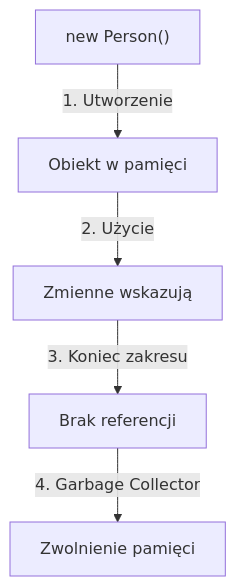
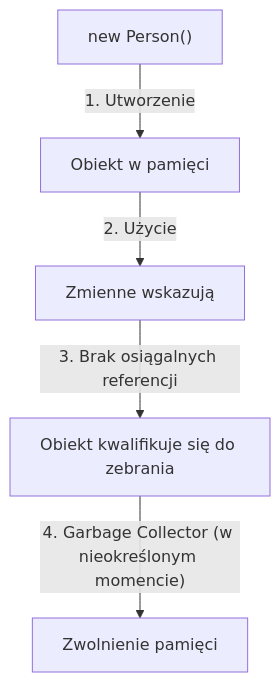
One commit to tborzyszkowski/csharp-programming changed the fourth of 4 diagrams in src/01-klasy/_03_object_usage/README.md. Above: the diagram before and after it, drawn with Mermaid. The commit also changed other lines of this file and 74 other files, not shown here.

````diff
--- a/src/01-klasy/_03_object_usage/README.md
+++ b/src/01-klasy/_03_object_usage/README.md
@@ -252,7 +327,7 @@
 ```mermaid
 graph TD
     A["new Person()"] -->|"1. Utworzenie"| B["Obiekt w pamięci"]
     B -->|"2. Użycie"| C["Zmienne wskazują"]
-    C -->|"3. Koniec zakresu"| D["Brak referencji"]
-    D -->|"4. Garbage Collector"| E["Zwolnienie pamięci"]
+    C -->|"3. Brak osiągalnych referencji"| D["Obiekt kwalifikuje się do zebrania"]
+    D -->|"4. Garbage Collector (w nieokreślonym momencie)"| E["Zwolnienie pamięci"]
 ```
````
